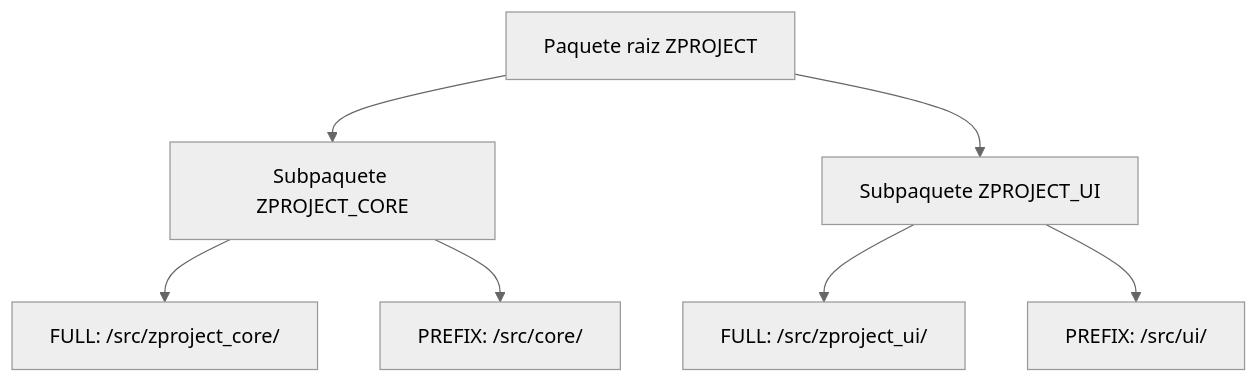
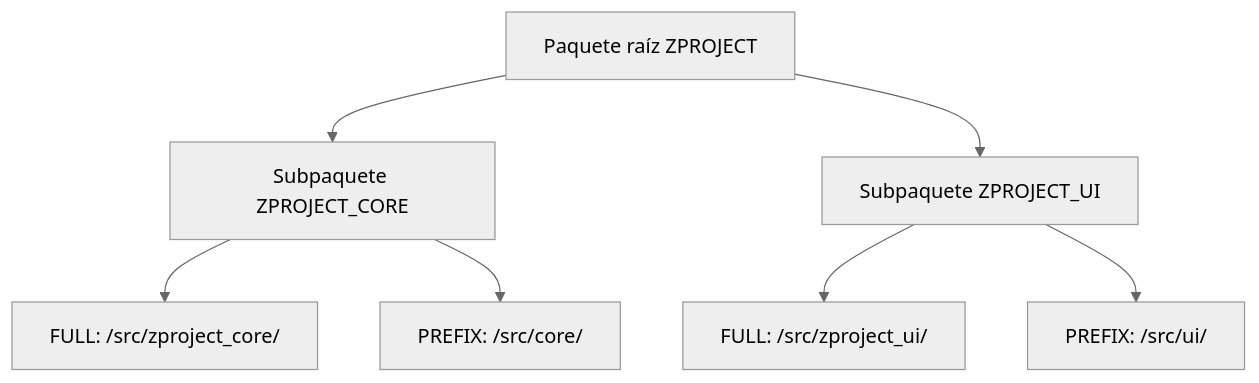
Before and after one commit to logalitech/blog-content: the diagram in es/git-abapgit-xml-mapeo-paquetes.mdx, drawn with Mermaid (neutral theme). The commit also changed other lines of this file and 49 other files, not shown here.

````diff
--- a/es/git-abapgit-xml-mapeo-paquetes.mdx
+++ b/es/git-abapgit-xml-mapeo-paquetes.mdx
@@ -50,9 +50,9 @@
 ```mermaid
 flowchart TD
- ROOT["Paquete raiz ZPROJECT"] --> SUB1["Subpaquete ZPROJECT_CORE"]
+ ROOT["Paquete raíz ZPROJECT"] --> SUB1["Subpaquete ZPROJECT_CORE"]
  ROOT --> SUB2["Subpaquete ZPROJECT_UI"]
  SUB1 --> F1["FULL: /src/zproject_core/"]
  SUB1 --> P1["PREFIX: /src/core/"]
  SUB2 --> F2["FULL: /src/zproject_ui/"]
  SUB2 --> P2["PREFIX: /src/ui/"]
 ```
````
